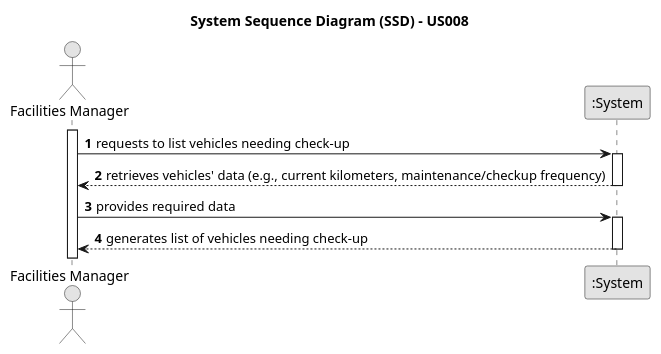
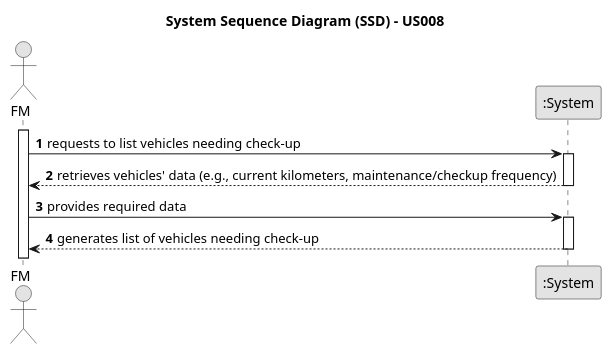
Before and after one commit to ricardomm7/leaflink: the diagram in docs/sprintA/us008/01.requirements-engineering/puml/us008-system-sequence-diagram-alternative-one.puml, drawn with PlantUML. The commit also changed 7 other files, not shown here.

```diff
--- a/docs/sprintA/us008/01.requirements-engineering/puml/us008-system-sequence-diagram-alternative-one.puml
+++ b/docs/sprintA/us008/01.requirements-engineering/puml/us008-system-sequence-diagram-alternative-one.puml
@@ -1,27 +1,27 @@
 @startuml
 skinparam monochrome true
 skinparam packageStyle rectangle
 skinparam shadowing false
 
 title System Sequence Diagram (SSD) - US008
 
 autonumber
 
-actor "Facilities Manager" as FM
+actor "FM" as FM
 participant ":System" as System
 
 activate FM
 
     FM -> System : requests to list vehicles needing check-up
     activate System
 
         System --> FM : retrieves vehicles' data (e.g., current kilometers, maintenance/checkup frequency)
     deactivate System
 
     FM -> System : provides required data
     activate System
 
         System --> FM : generates list of vehicles needing check-up
     deactivate System
 
 @enduml
```
